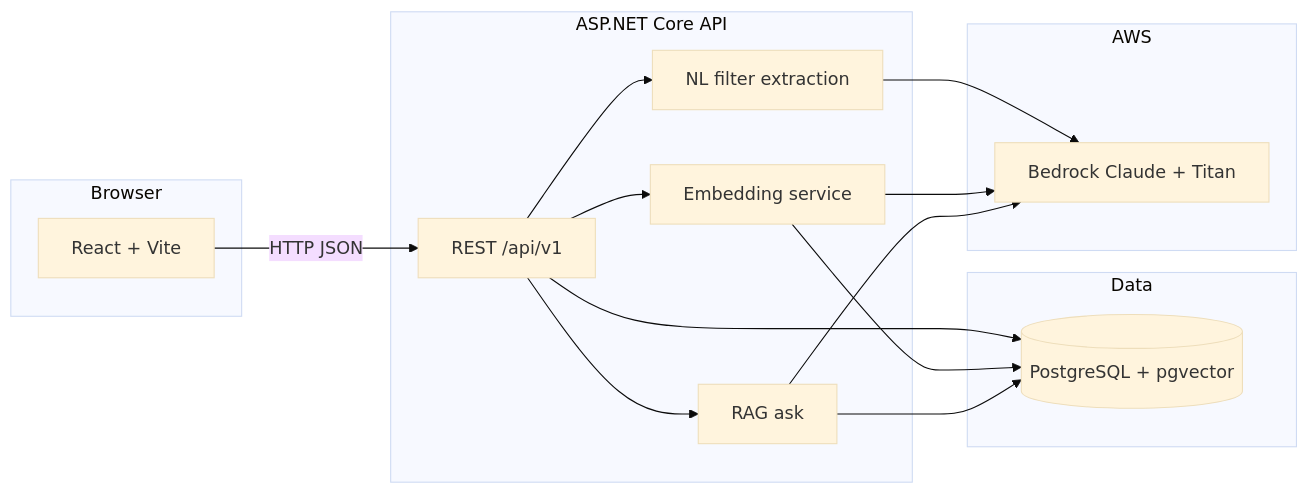
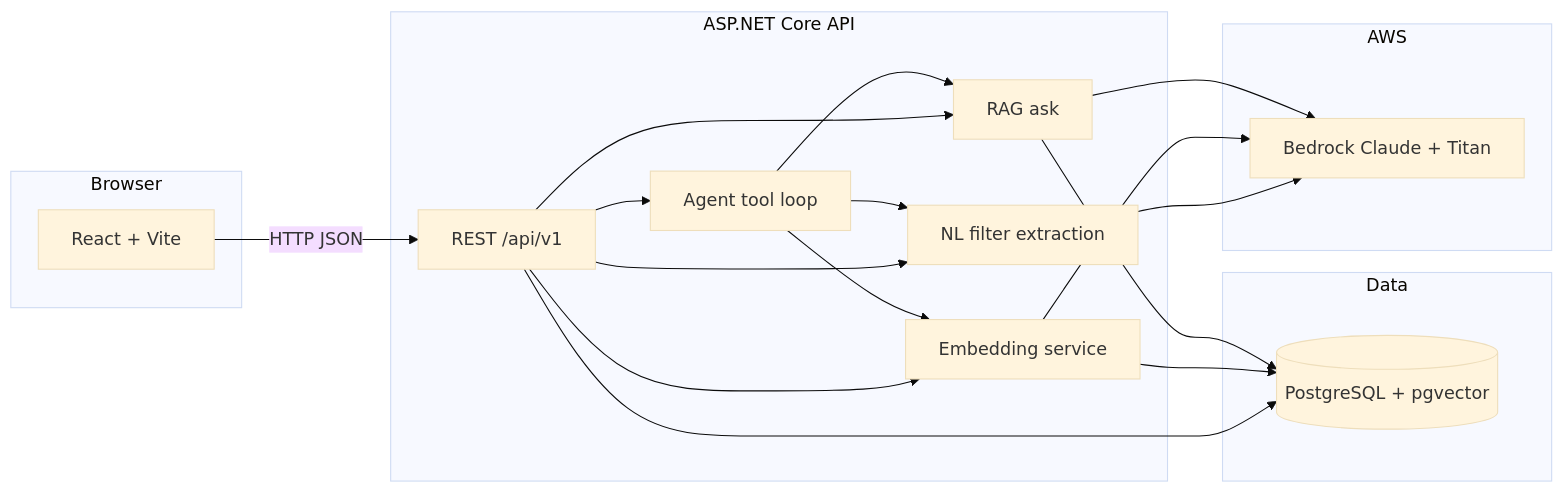
The diagram in README.md (geethapriyabalasubramani/real-estate-ai-agent), drawn with Mermaid (base theme) before and after one commit. The commit also changed other lines of this file and 23 other files, not shown here.

````diff
--- a/README.md
+++ b/README.md
@@ -11,32 +11,37 @@
 ```mermaid
 flowchart LR
   subgraph client [Browser]
     UI[React + Vite]
   end
 
   subgraph api [ASP.NET Core API]
     REST[REST /api/v1]
     NL[NL filter extraction]
     EMB[Embedding service]
     RAG[RAG ask]
+    AGENT[Agent tool loop]
   end
 
   subgraph data [Data]
     PG[(PostgreSQL + pgvector)]
   end
 
   subgraph aws [AWS]
     BR[Bedrock Claude + Titan]
   end
 
   UI -->|HTTP JSON| REST
   REST --> PG
   REST --> NL
   REST --> EMB
   REST --> RAG
+  REST --> AGENT
+  AGENT --> NL
+  AGENT --> EMB
+  AGENT --> RAG
   NL --> BR
   EMB --> BR
   RAG --> BR
   EMB --> PG
   RAG --> PG
 ```
````
